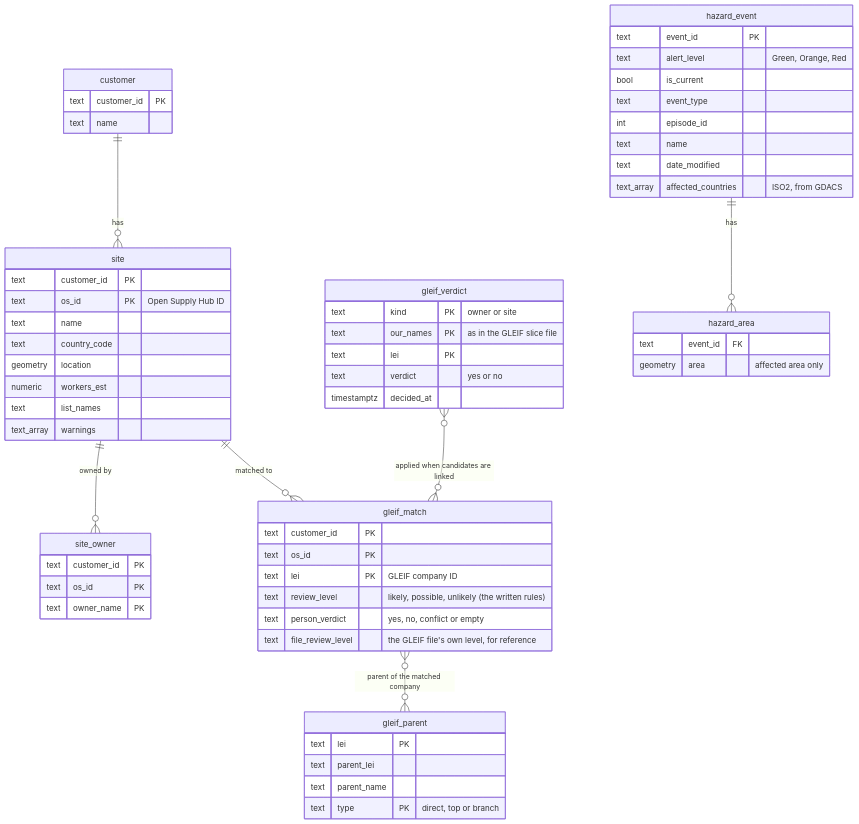
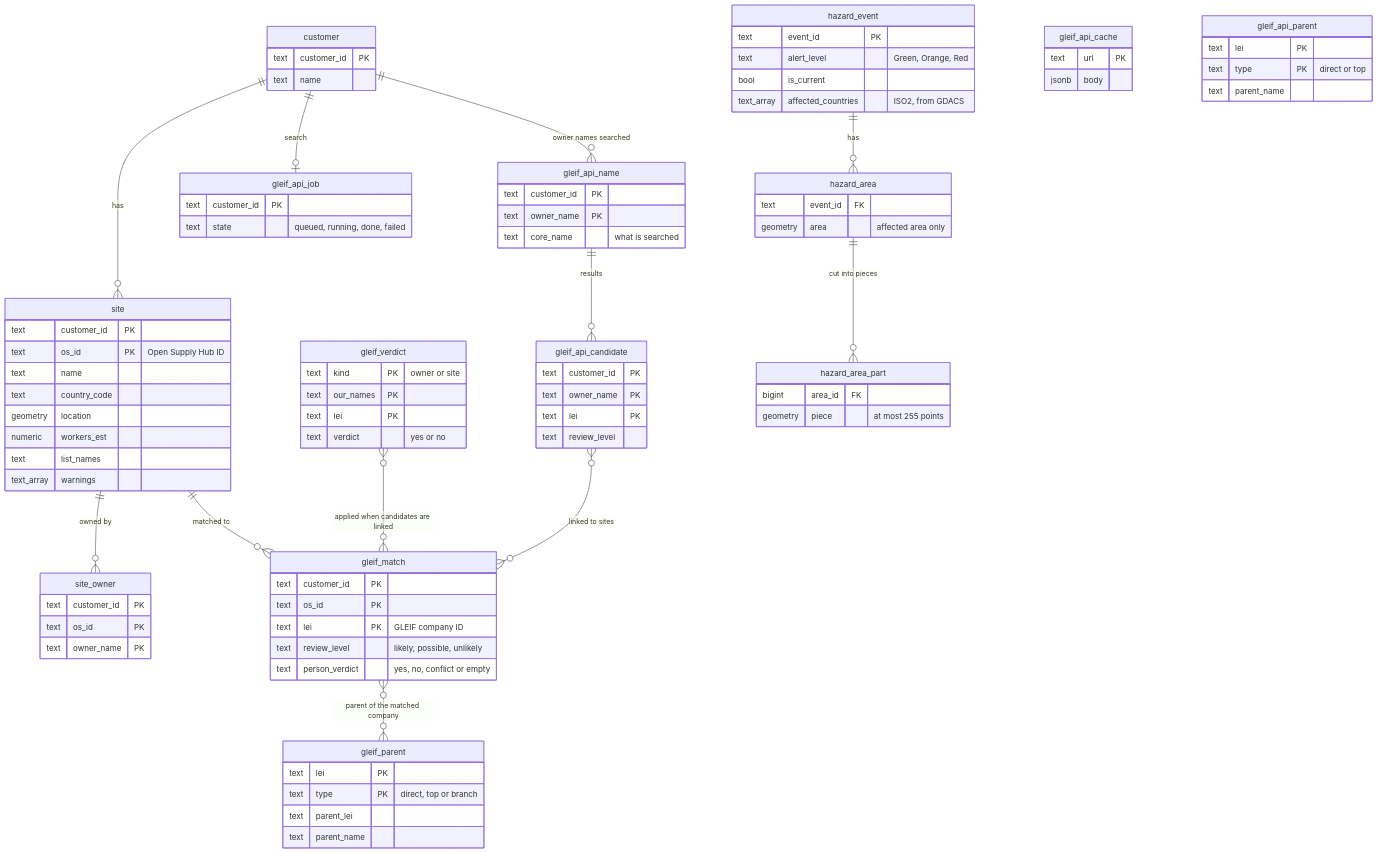
One commit to abhifourkites/geo-risk.ai changed the second of 4 diagrams in docs/architecture/ARCHITECTURE.md. Above: the diagram before and after it, drawn with Mermaid. The commit also changed other lines of this file and 5 other files, not shown here.

````diff
--- a/docs/architecture/ARCHITECTURE.md
+++ b/docs/architecture/ARCHITECTURE.md
@@ -59,6 +43,11 @@
   gleif_match }o--o{ gleif_parent : "parent of the matched company"
   gleif_verdict }o--o{ gleif_match : "applied when candidates are linked"
   hazard_event ||--o{ hazard_area : "has"
+  hazard_area ||--o{ hazard_area_part : "cut into pieces"
+  customer ||--o| gleif_api_job : "search"
+  customer ||--o{ gleif_api_name : "owner names searched"
+  gleif_api_name ||--o{ gleif_api_candidate : "results"
+  gleif_api_candidate }o--o{ gleif_match : "linked to sites"
 
   customer {
     text customer_id PK
@@ -83,35 +72,57 @@
     text customer_id PK
     text os_id PK
     text lei PK "GLEIF company ID"
-    text review_level "likely, possible, unlikely (the written rules)"
+    text review_level "likely, possible, unlikely"
     text person_verdict "yes, no, conflict or empty"
-    text file_review_level "the GLEIF file's own level, for reference"
   }
   gleif_verdict {
     text kind PK "owner or site"
-    text our_names PK "as in the GLEIF slice file"
+    text our_names PK
     text lei PK
     text verdict "yes or no"
-    timestamptz decided_at
   }
   gleif_parent {
     text lei PK
+    text type PK "direct, top or branch"
     text parent_lei
     text parent_name
-    text type PK "direct, top or branch"
   }
   hazard_event {
     text event_id PK
     text alert_level "Green, Orange, Red"
     bool is_current
-    text event_type
-    int episode_id
-    text name
-    text date_modified
     text_array affected_countries "ISO2, from GDACS"
   }
   hazard_area {
     text event_id FK
     geometry area "affected area only"
   }
+  hazard_area_part {
+    bigint area_id FK
+    geometry piece "at most 255 points"
+  }
+  gleif_api_cache {
+    text url PK
+    jsonb body
+  }
+  gleif_api_job {
+    text customer_id PK
+    text state "queued, running, done, failed"
+  }
+  gleif_api_name {
+    text customer_id PK
+    text owner_name PK
+    text core_name "what is searched"
+  }
+  gleif_api_candidate {
+    text customer_id PK
+    text owner_name PK
+    text lei PK
+    text review_level
+  }
+  gleif_api_parent {
+    text lei PK
+    text type PK "direct or top"
+    text parent_name
+  }
 ```
````
